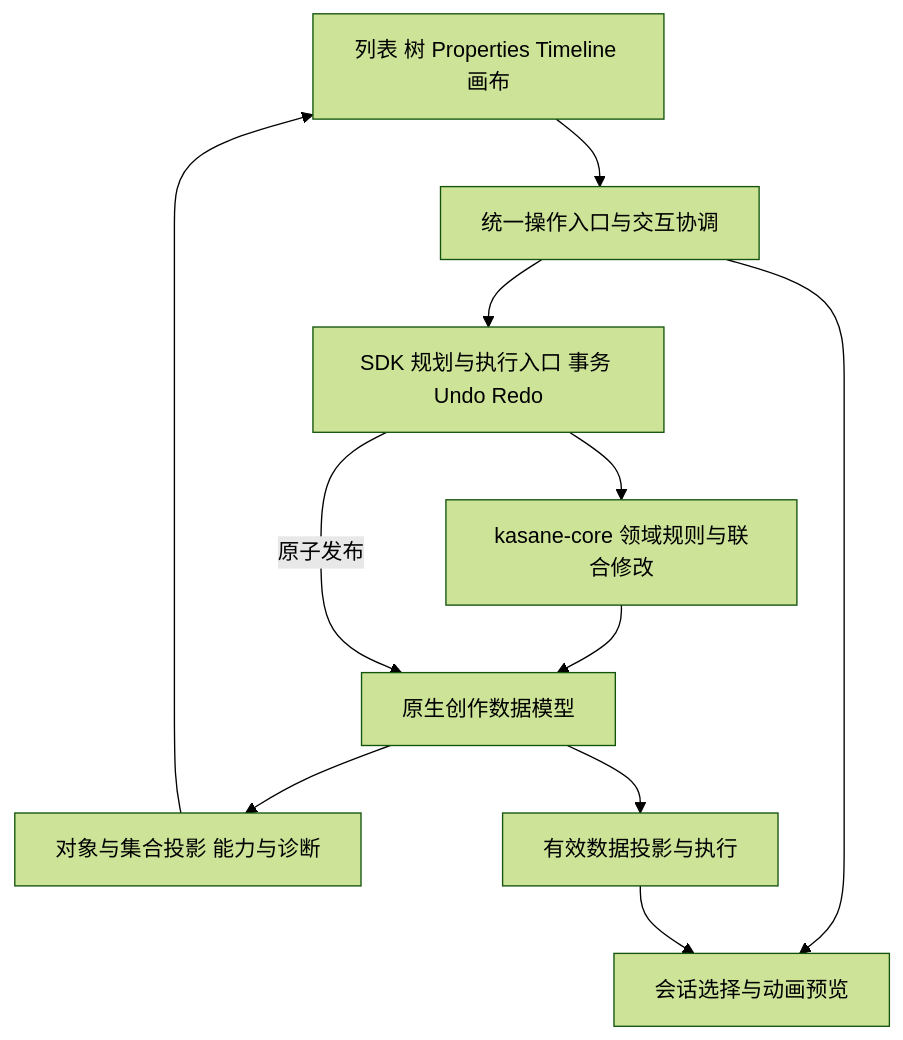
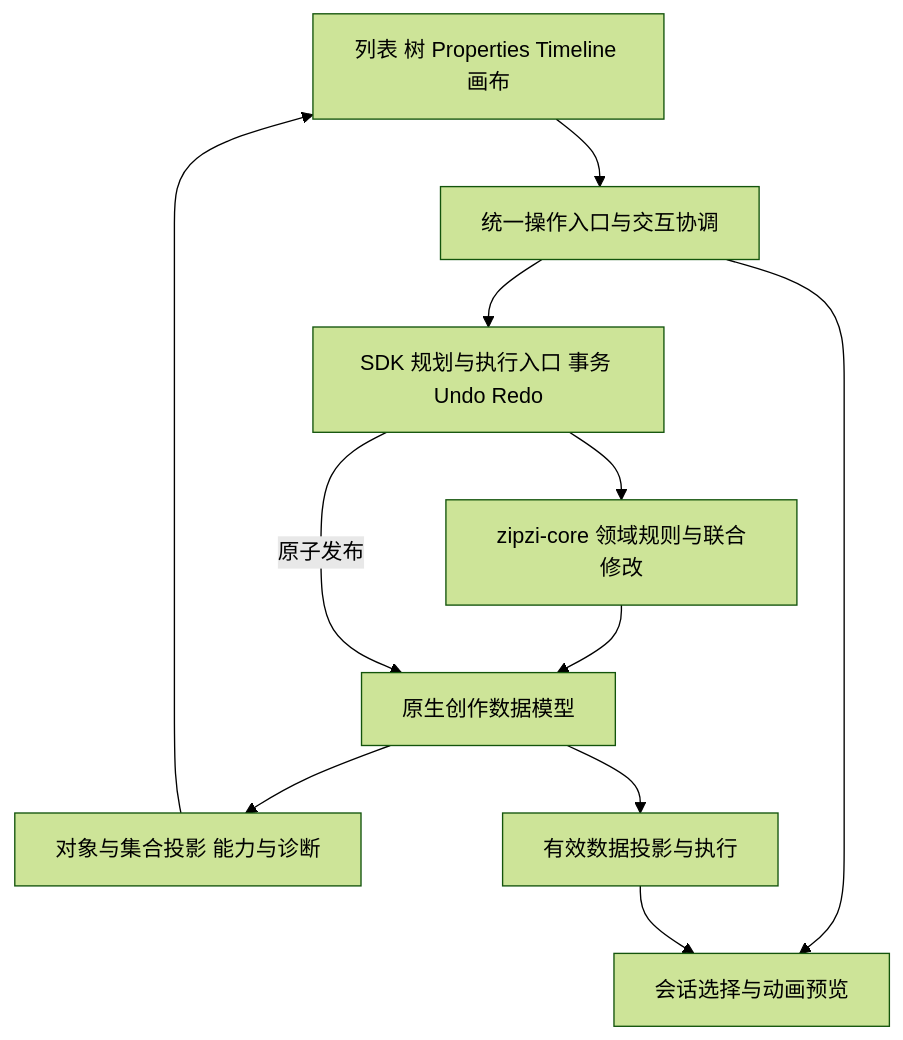
Before and after one commit to getzipzi/zipzi-2d: the diagram in docs/plans/unified-object-authoring-core.md, drawn with Mermaid (forest theme). The commit also changed other lines of this file and 2097 other files, not shown here.

Commit message:
Rename Kasane to Zipzi across workspace and project formats

````diff
--- a/docs/plans/unified-object-authoring-core.md
+++ b/docs/plans/unified-object-authoring-core.md
@@ -68,13 +68,13 @@
 ```mermaid
 flowchart TD
     UI[列表 树 Properties Timeline 画布] --> Actions[统一操作入口与交互协调]
     Actions --> SDK[SDK 规划与执行入口 事务 Undo Redo]
-    SDK --> Domain[kasane-core 领域规则与联合修改]
+    SDK --> Domain[zipzi-core 领域规则与联合修改]
     Domain --> Model[原生创作数据模型]
     SDK -->|原子发布| Model
     Model --> Projection[对象与集合投影 能力与诊断]
     Projection --> UI
     Actions --> Preview[会话选择与动画预览]
     Model --> Eval[有效数据投影与执行]
     Eval --> Preview
 ```
````
